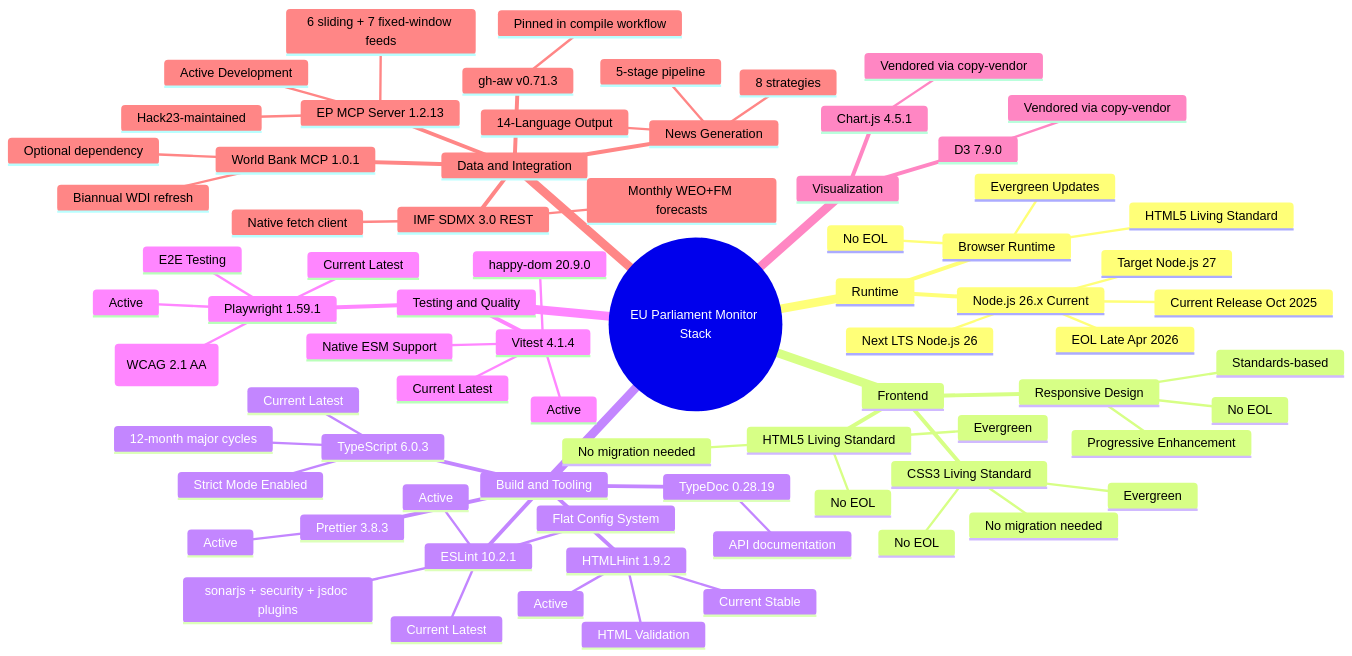
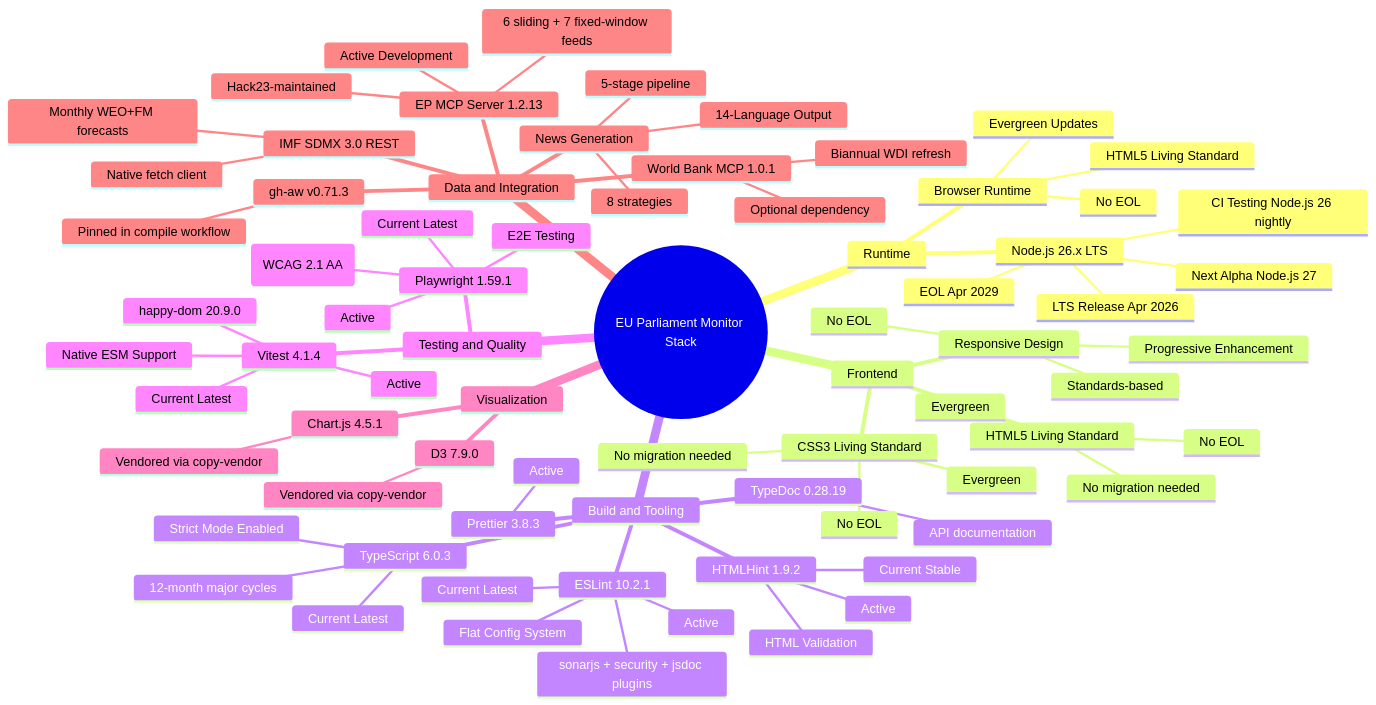
One commit to Hack23/euparliamentmonitor changed the first of 6 diagrams in docs/api/media/End-of-Life-Strategy.md. Above: the diagram before and after it, drawn with Mermaid. The commit also changed other lines of this file and 1403 other files, not shown here.

````diff
--- a/docs/api/media/End-of-Life-Strategy.md
+++ b/docs/api/media/End-of-Life-Strategy.md
@@ -88,78 +88,78 @@
 ```mermaid
 mindmap
   root((EU Parliament Monitor Stack))
     Runtime
-      Node.js 26.x Current
-        Current Release Oct 2025
-        EOL Late Apr 2026
-        Next LTS Node.js 26
-        Target Node.js 27
+      Node.js 26.x LTS
+        LTS Release Apr 2026
+        EOL Apr 2029
+        Next Alpha Node.js 27
+        CI Testing Node.js 26 nightly
       Browser Runtime
         Evergreen Updates
         No EOL
         HTML5 Living Standard
     Frontend
       HTML5 Living Standard
         Evergreen
         No EOL
         No migration needed
       CSS3 Living Standard
         Evergreen
         No EOL
         No migration needed
       Responsive Design
         Standards-based
         No EOL
         Progressive Enhancement
     Build and Tooling
       TypeScript 6.0.3
         Current Latest
         12-month major cycles
         Strict Mode Enabled
       ESLint 10.2.1
         Current Latest
         Active
         Flat Config System
         sonarjs + security + jsdoc plugins
       HTMLHint 1.9.2
         Current Stable
         Active
         HTML Validation
       Prettier 3.8.3
         Active
       TypeDoc 0.28.19
         API documentation
     Testing and Quality
       Vitest 4.1.4
         Current Latest
         Active
         Native ESM Support
         happy-dom 20.9.0
       Playwright 1.59.1
         Current Latest
         Active
         E2E Testing
         axe-core 4.11.2 (WCAG 2.1 AA)
     Visualization
       Chart.js 4.5.1
         Vendored via copy-vendor
       D3 7.9.0
         Vendored via copy-vendor
     Data and Integration
       EP MCP Server 1.2.13
         Active Development
         Hack23-maintained
         6 sliding + 7 fixed-window feeds
       World Bank MCP 1.0.1
         Optional dependency
         Biannual WDI refresh
       IMF SDMX 3.0 REST
         Native fetch client
         Monthly WEO+FM forecasts
       gh-aw v0.71.3
         Pinned in compile workflow
       News Generation
         5-stage pipeline
         8 strategies
         14-Language Output
 ```
````
